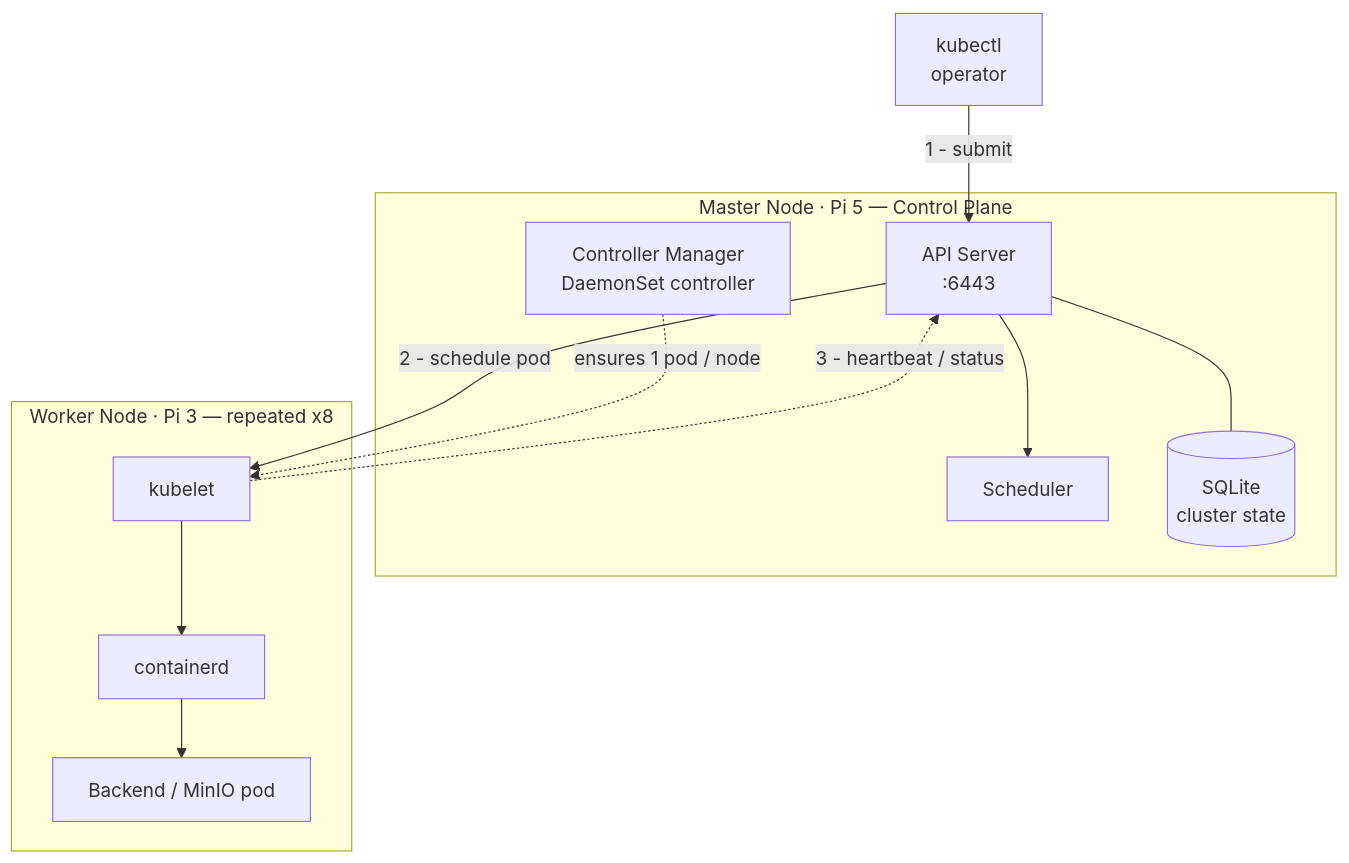
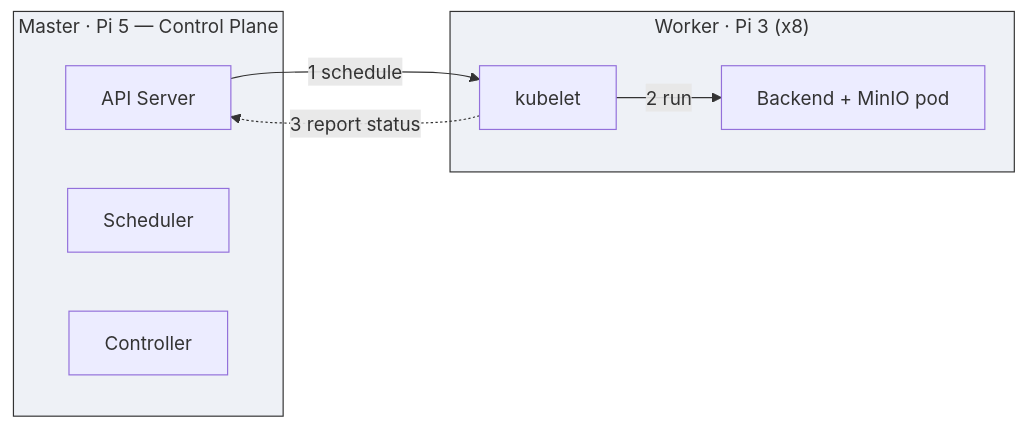
The fifth of 5 diagrams in task7-backend-documentation.md (azazmuzaffar/Newlauncher-5.0), drawn with Mermaid before and after one commit. The commit also changed other lines of this file, not shown here.

````diff
--- a/task7-backend-documentation.md
+++ b/task7-backend-documentation.md
@@ -166,25 +129,18 @@
 ```mermaid
-flowchart TB
-    kubectl["kubectl<br/>operator"]
+flowchart LR
+    subgraph master["Master · Pi 5 — Control Plane"]
+        api["API Server"]
+        sched["Scheduler"]
+        ctrl["Controller"]
+    end
+    subgraph worker["Worker · Pi 3 (x8)"]
+        kubelet["kubelet"]
+        pod["Backend + MinIO pod"]
+    end
+    api -->|"1 schedule"| kubelet
+    kubelet -->|"2 run"| pod
+    kubelet -.->|"3 report status"| api
 
-    subgraph master["Master Node · Pi 5 — Control Plane"]
-        api["API Server<br/>:6443"]
-        sched["Scheduler"]
-        ctrl["Controller Manager<br/>DaemonSet controller"]
-        store[("SQLite<br/>cluster state")]
-    end
-
-    subgraph worker["Worker Node · Pi 3 — repeated x8"]
-        kubelet["kubelet"]
-        containerd["containerd"]
-        pod["Backend / MinIO pod"]
-    end
-
-    kubectl -->|"1 - submit"| api
-    api --> sched
-    api --- store
-    api -->|"2 - schedule pod"| kubelet
-    kubelet --> containerd --> pod
-    kubelet -.->|"3 - heartbeat / status"| api
-    ctrl -.->|"ensures 1 pod / node"| kubelet
+    style master fill:#eef1f6,stroke:#333,stroke-width:1px
+    style worker fill:#eef1f6,stroke:#333,stroke-width:1px
 ```
````
